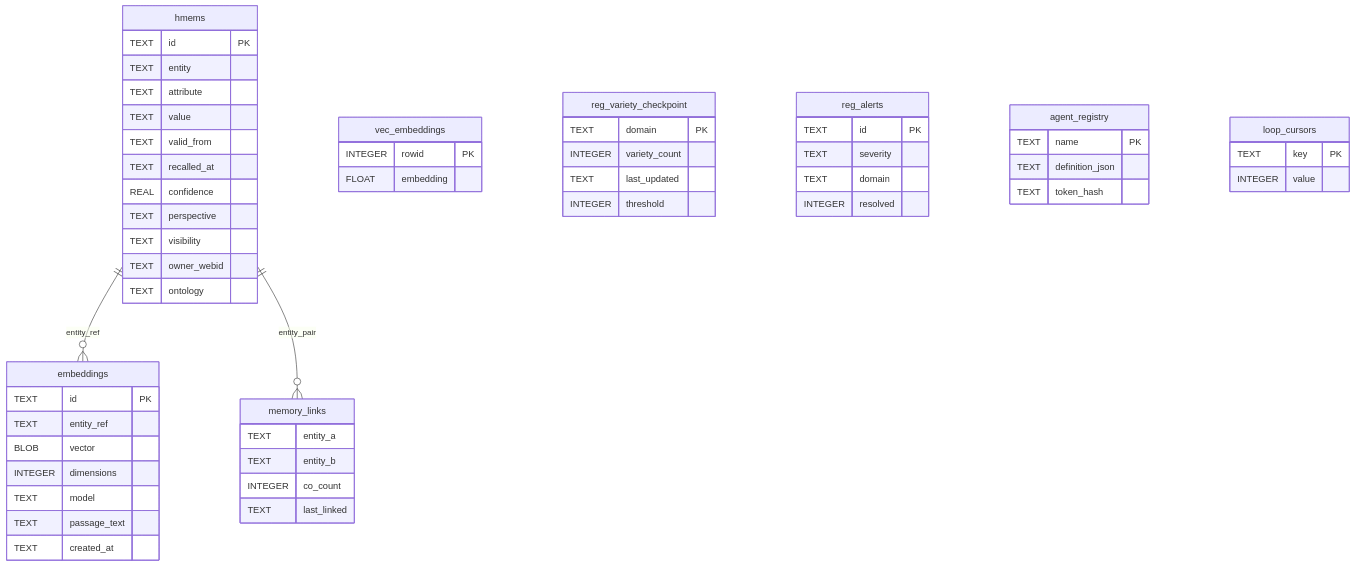
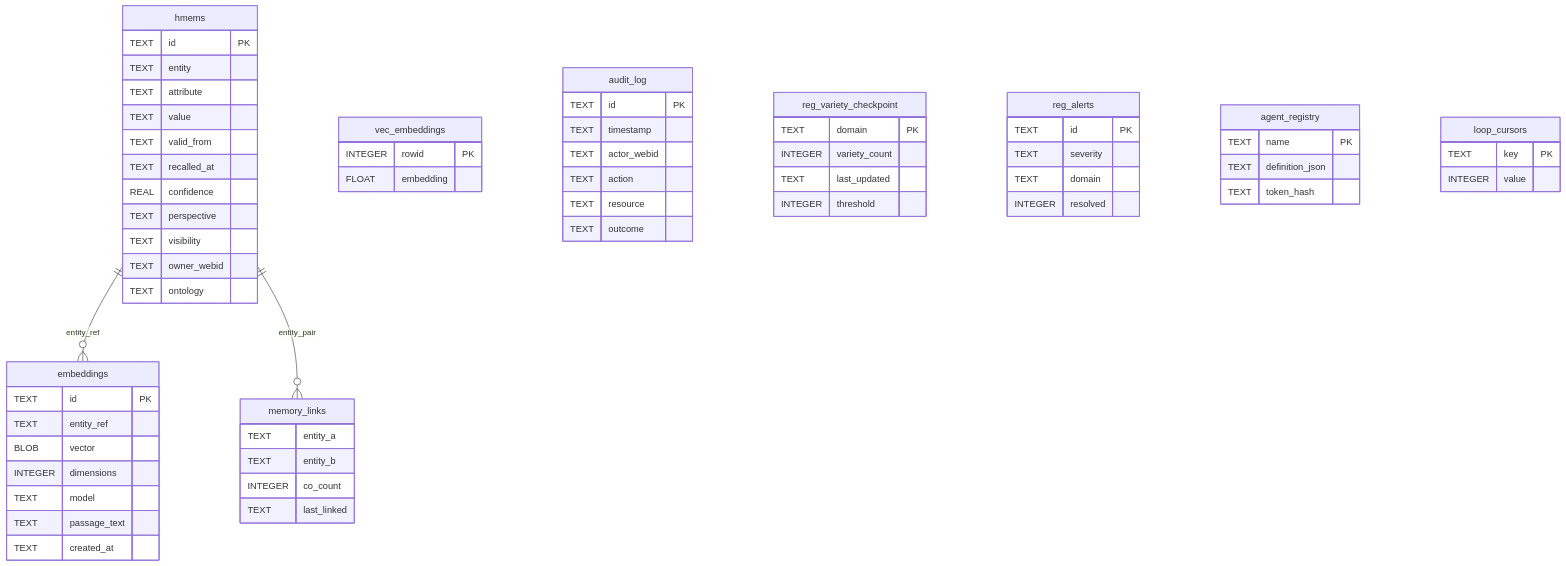
The third of 5 diagrams in kask/docs/diataxis/hkask-storage/reference.md (mdz-axo/zed-kask), drawn with Mermaid before and after one commit. The commit also changed other lines of this file and 43 other files, not shown here.

````diff
--- a/kask/docs/diataxis/hkask-storage/reference.md
+++ b/kask/docs/diataxis/hkask-storage/reference.md
@@ -166,58 +165,66 @@
 ```mermaid
 erDiagram
     hmems ||--o{ embeddings : entity_ref
     hmems ||--o{ memory_links : entity_pair
     hmems {
         TEXT id PK
         TEXT entity
         TEXT attribute
         TEXT value
         TEXT valid_from
         TEXT recalled_at
         REAL confidence
         TEXT perspective
         TEXT visibility
         TEXT owner_webid
         TEXT ontology
     }
     embeddings {
         TEXT id PK
         TEXT entity_ref
         BLOB vector
         INTEGER dimensions
         TEXT model
         TEXT passage_text
         TEXT created_at
     }
     vec_embeddings {
         INTEGER rowid PK
         FLOAT embedding
     }
     memory_links {
         TEXT entity_a
         TEXT entity_b
         INTEGER co_count
         TEXT last_linked
     }
+    audit_log {
+        TEXT id PK
+        TEXT timestamp
+        TEXT actor_webid
+        TEXT action
+        TEXT resource
+        TEXT outcome
+    }
     reg_variety_checkpoint {
         TEXT domain PK
         INTEGER variety_count
         TEXT last_updated
         INTEGER threshold
     }
     reg_alerts {
         TEXT id PK
         TEXT severity
         TEXT domain
         INTEGER resolved
     }
     agent_registry {
         TEXT name PK
         TEXT definition_json
         TEXT token_hash
     }
     loop_cursors {
         TEXT key PK
         INTEGER value
     }
 ```
````
